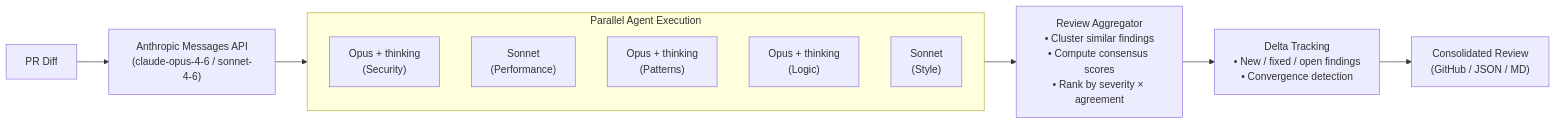
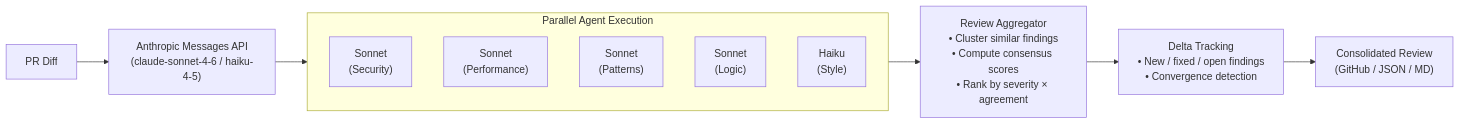
Before and after one commit to calimero-network/ai-code-reviewer: the diagram in README.md, drawn with Mermaid. The commit also changed other lines of this file and 28 other files, not shown here.

````diff
--- a/README.md
+++ b/README.md
@@ -49,18 +49,18 @@
 ```mermaid
 flowchart LR
-    PR["PR Diff"] --> Anthropic["Anthropic Messages API\n(claude-opus-4-6 / sonnet-4-6)"]
+    PR["PR Diff"] --> Anthropic["Anthropic Messages API\n(claude-sonnet-4-6 / haiku-4-5)"]
 
     subgraph Agents["Parallel Agent Execution"]
-        A1["Opus + thinking\n(Security)"]
+        A1["Sonnet\n(Security)"]
         A2["Sonnet\n(Performance)"]
-        A3["Opus + thinking\n(Patterns)"]
-        A4["Opus + thinking\n(Logic)"]
-        A5["Sonnet\n(Style)"]
+        A3["Sonnet\n(Patterns)"]
+        A4["Sonnet\n(Logic)"]
+        A5["Haiku\n(Style)"]
     end
 
     Anthropic --> Agents
 
     Agents --> Agg["Review Aggregator\n• Cluster similar findings\n• Compute consensus scores\n• Rank by severity × agreement"]
     Agg --> Delta["Delta Tracking\n• New / fixed / open findings\n• Convergence detection"]
     Delta --> Out["Consolidated Review\n(GitHub / JSON / MD)"]
 ```
````
